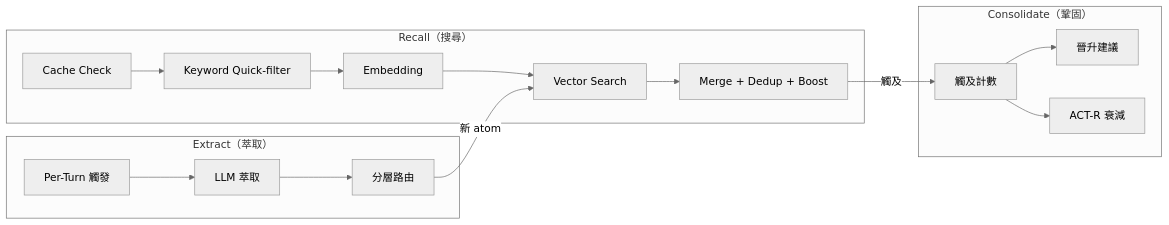
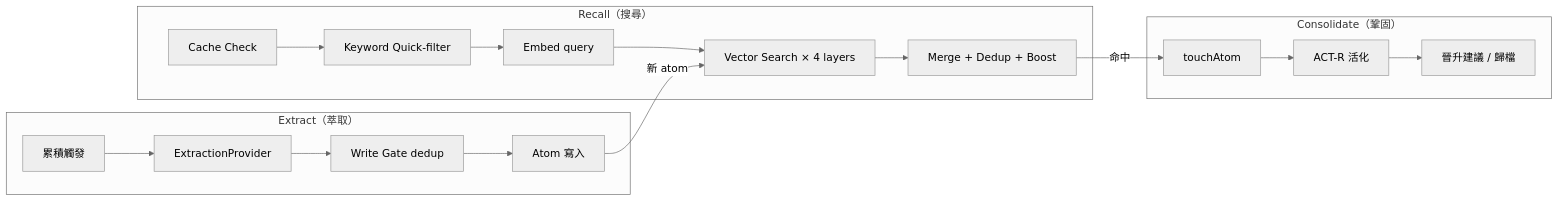
The diagram in wiki/Memory-Engine.md (wellstseng/claude_discord), drawn with Mermaid (neutral theme) before and after one commit. The commit also changed other lines of this file and 7 other files, not shown here.

````diff
--- a/wiki/Memory-Engine.md
+++ b/wiki/Memory-Engine.md
@@ -7,22 +16,23 @@
 ```mermaid
 graph LR
     subgraph "Recall（搜尋）"
         R1[Cache Check] --> R2[Keyword Quick-filter]
-        R2 --> R3[Embedding]
-        R3 --> R4[Vector Search]
+        R2 --> R3[Embed query]
+        R3 --> R4[Vector Search × 4 layers]
         R4 --> R5[Merge + Dedup + Boost]
     end
 
     subgraph "Extract（萃取）"
-        E1[Per-Turn 觸發] --> E2[LLM 萃取]
-        E2 --> E3[分層路由]
+        E1[累積觸發] --> E2[ExtractionProvider]
+        E2 --> E3[Write Gate dedup]
+        E3 --> E4[Atom 寫入]
     end
 
     subgraph "Consolidate（鞏固）"
-        C1[觸及計數] --> C2[晉升建議]
-        C1 --> C3[ACT-R 衰減]
+        C1[touchAtom] --> C2[ACT-R 活化]
+        C2 --> C3[晉升建議 / 歸檔]
     end
 
-    R5 -->|觸及| C1
-    E3 -->|新 atom| R4
+    R5 -->|命中| C1
+    E4 -->|新 atom| R4
 ```
````
